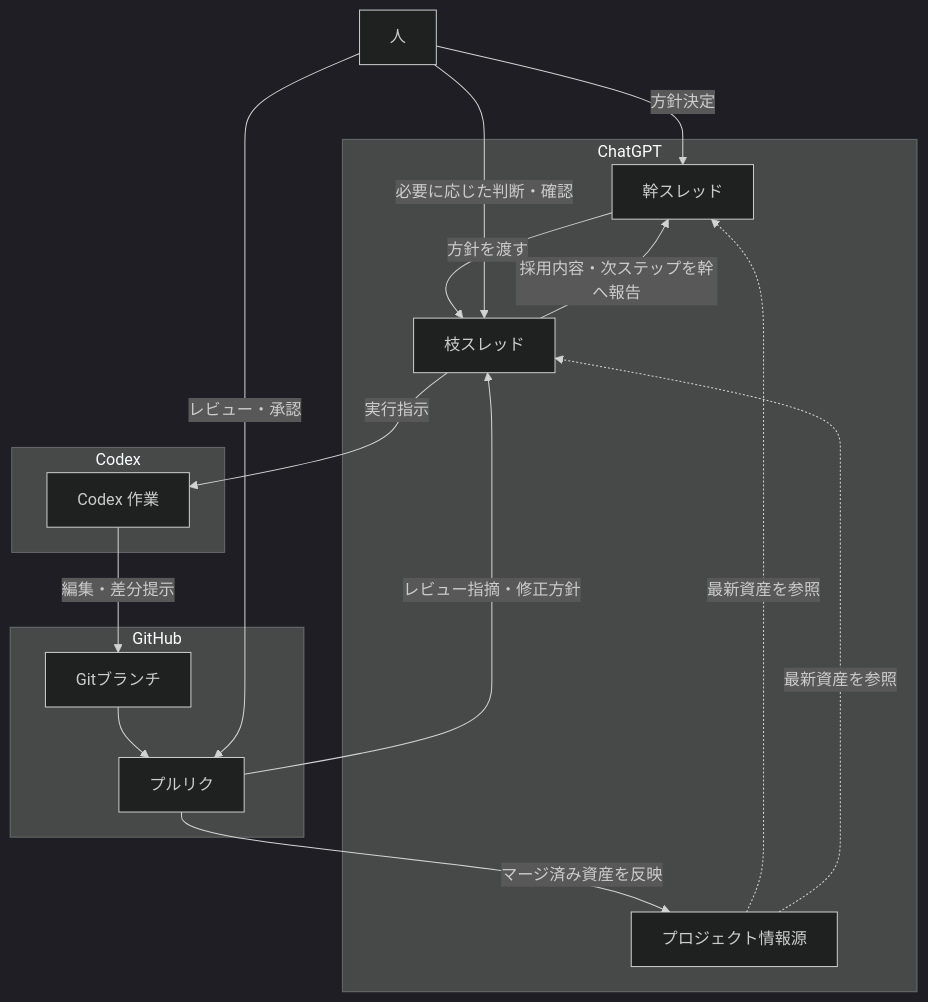
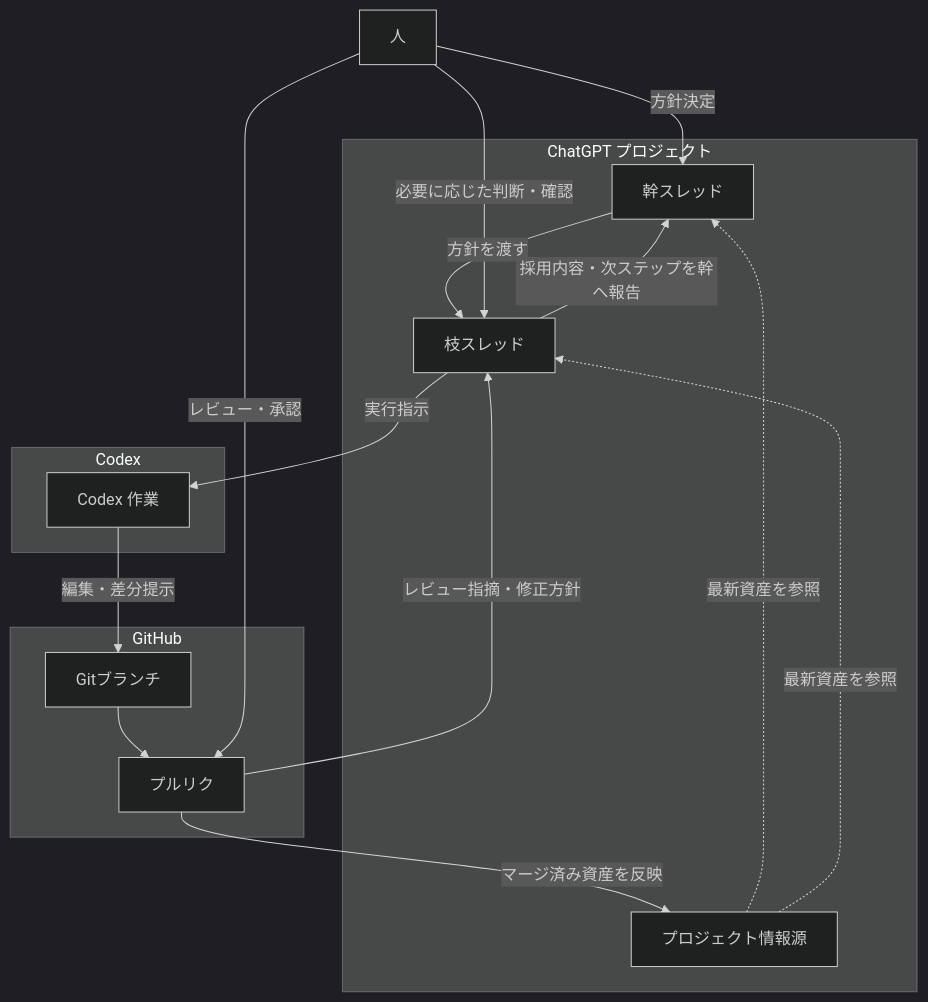
One commit to daisan-chan/chatgpt-codex-playbook changed the diagram in docs/diagrams/01_operating_model.md. Above: the diagram before and after it, drawn with Mermaid (dark theme). The commit also changed other lines of this file, not shown here.

Commit message:
Rename ChatGPT diagram lane to ChatGPT project

````diff
--- a/docs/diagrams/01_operating_model.md
+++ b/docs/diagrams/01_operating_model.md
@@ -5,33 +5,33 @@
 ```mermaid
 flowchart TB
     H[人]
 
-    subgraph S1[ChatGPT]
+    subgraph S1[ChatGPT プロジェクト]
         M[幹スレッド]
         B[枝スレッド]
         A[プロジェクト情報源]
     end
 
     subgraph S2[Codex]
         X[Codex 作業]
     end
 
     subgraph S3[GitHub]
         G[Gitブランチ]
         P[プルリク]
     end
 
     M -->|方針を渡す| B
     B -->|実行指示| X
     X -->|編集・差分提示| G
     G --> P
     P -->|レビュー指摘・修正方針| B
     P -->|マージ済み資産を反映| A
     A -.->|最新資産を参照| M
     A -.->|最新資産を参照| B
     B -->|採用内容・次ステップを幹へ報告| M
 
     H -->|方針決定| M
     H -->|必要に応じた判断・確認| B
     H -->|レビュー・承認| P
 ```
````
